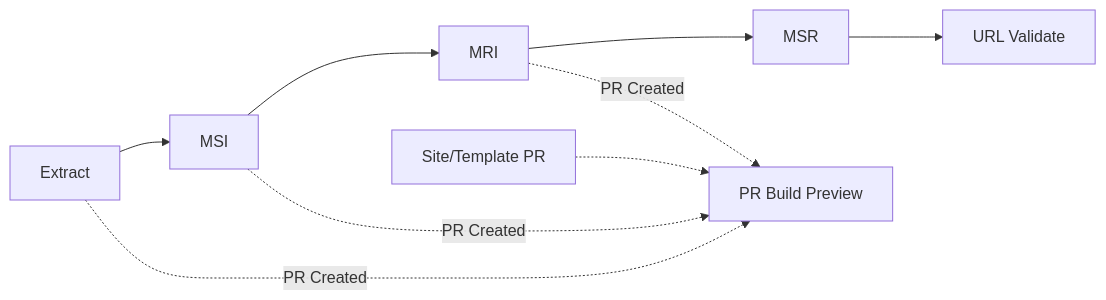
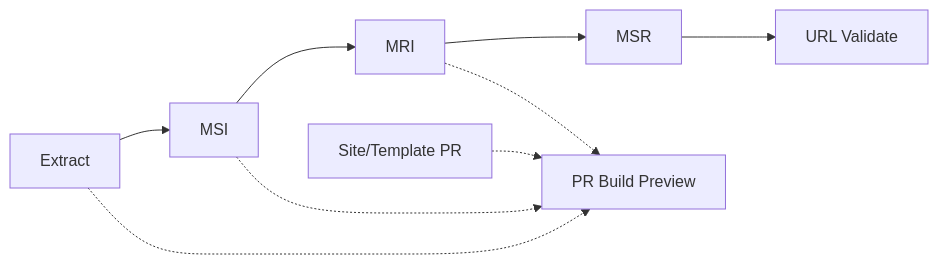
One commit to SteveLLamb/mediastandards-registry changed the diagram in README.md. Above: the diagram before and after it, drawn with Mermaid.

````diff
--- a/README.md
+++ b/README.md
@@ -61,13 +61,13 @@
 ```mermaid
 graph LR
   A[Extract] --> B[MSI]
   B --> C[MRI]
   C --> D[MSR]
   D --> E[URL Validate]
 
   %% PR preview paths (dotted lines indicate PR-triggered previews)
-  A -. "PR Created" .-> P[PR Build Preview]
-  B -. "PR Created" .-> P
-  C -. "PR Created" .-> P
+  A -.-> P[PR Build Preview]
+  B -.-> P
+  C -.-> P
   S[Site/Template PR] -.-> P
 ```
````
